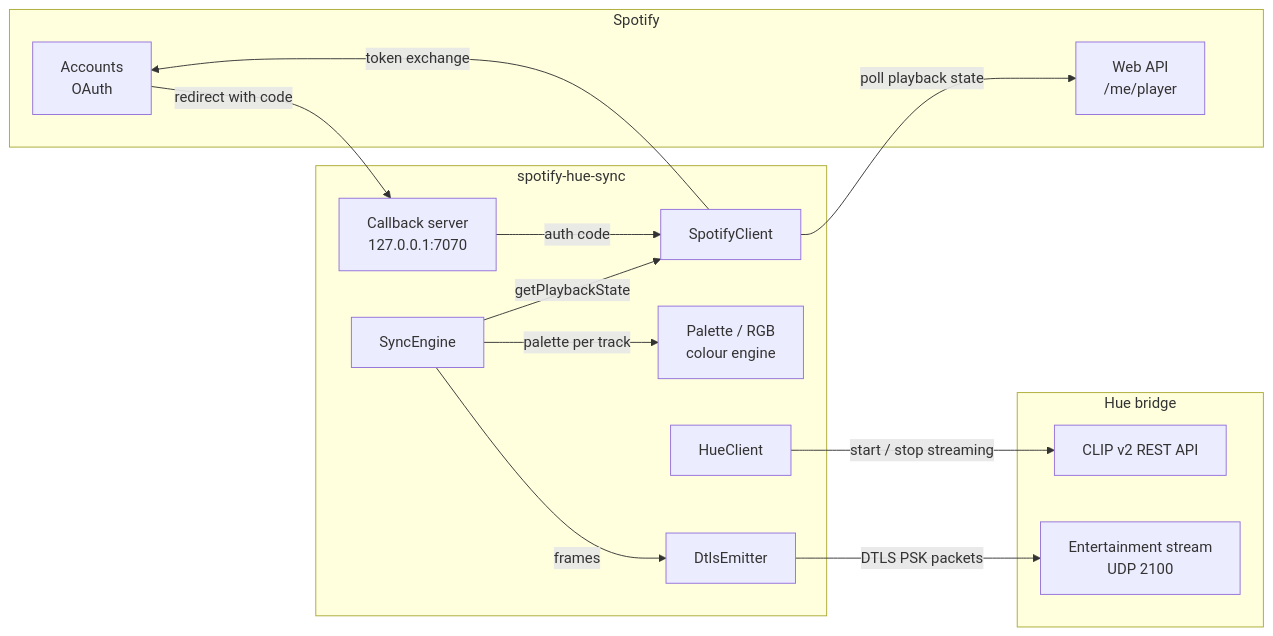
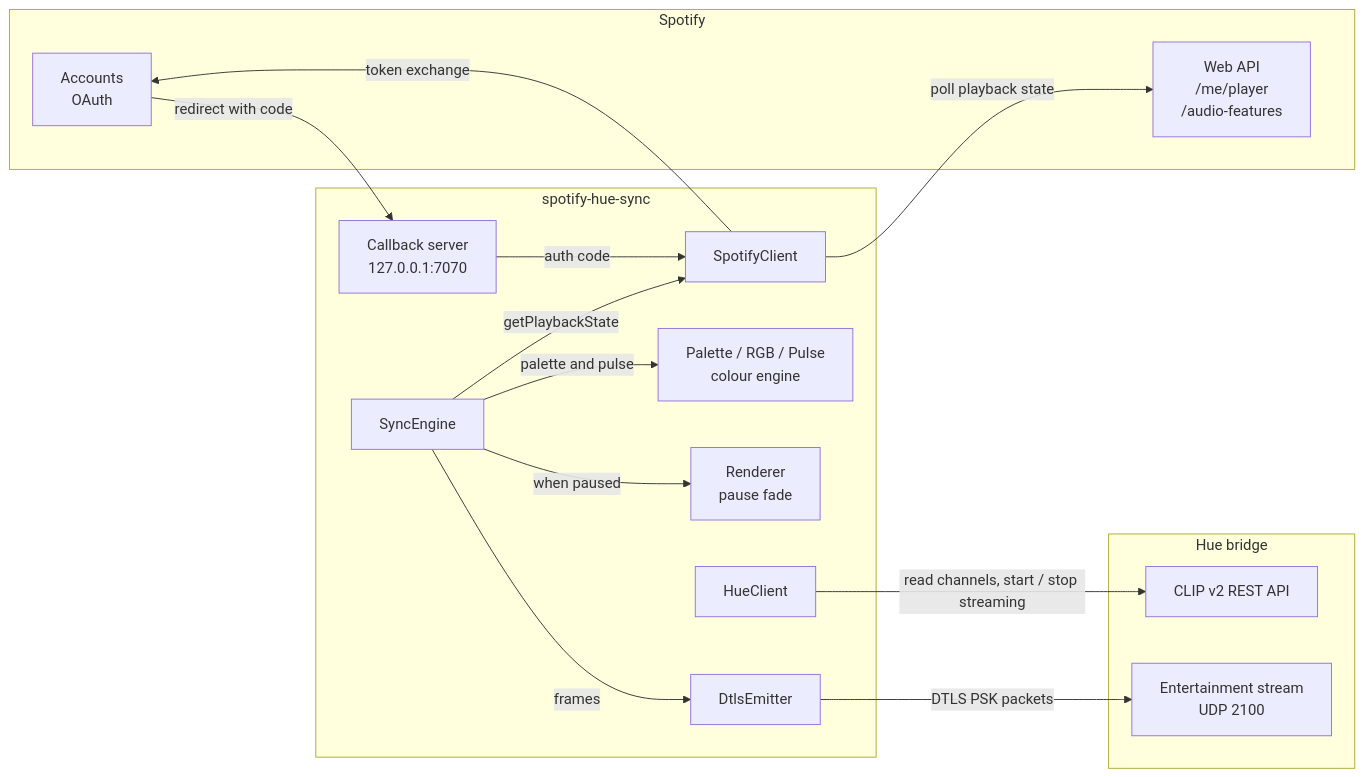
One commit to LorenzoPrinsloo/spotify-hue-sync changed the first of 3 diagrams in docs/architecture.md. Above: the diagram before and after it, drawn with Mermaid. The commit also changed other lines of this file and 12 other files, not shown here.

````diff
--- a/docs/architecture.md
+++ b/docs/architecture.md
@@ -7,31 +7,33 @@
 ```mermaid
 flowchart LR
     subgraph Spotify
-        API[Web API<br/>/me/player]
+        API[Web API<br/>/me/player<br/>/audio-features]
         ACC[Accounts<br/>OAuth]
     end
 
     subgraph App[spotify-hue-sync]
         CB[Callback server<br/>127.0.0.1:7070]
         SC[SpotifyClient]
         SE[SyncEngine]
-        PAL[Palette / RGB<br/>colour engine]
+        PAL[Palette / RGB / Pulse<br/>colour engine]
+        REN[Renderer<br/>pause fade]
         HC[HueClient]
         DE[DtlsEmitter]
     end
 
     subgraph Hue[Hue bridge]
         CLIP[CLIP v2 REST API]
         ENT[Entertainment stream<br/>UDP 2100]
     end
 
     ACC -- redirect with code --> CB
     CB -- auth code --> SC
     SC -- token exchange --> ACC
     SC -- poll playback state --> API
     SE -- getPlaybackState --> SC
-    SE -- palette per track --> PAL
+    SE -- palette and pulse --> PAL
+    SE -- when paused --> REN
     SE -- frames --> DE
-    HC -- start / stop streaming --> CLIP
+    HC -- read channels, start / stop streaming --> CLIP
     DE -- DTLS PSK packets --> ENT
 ```
````
